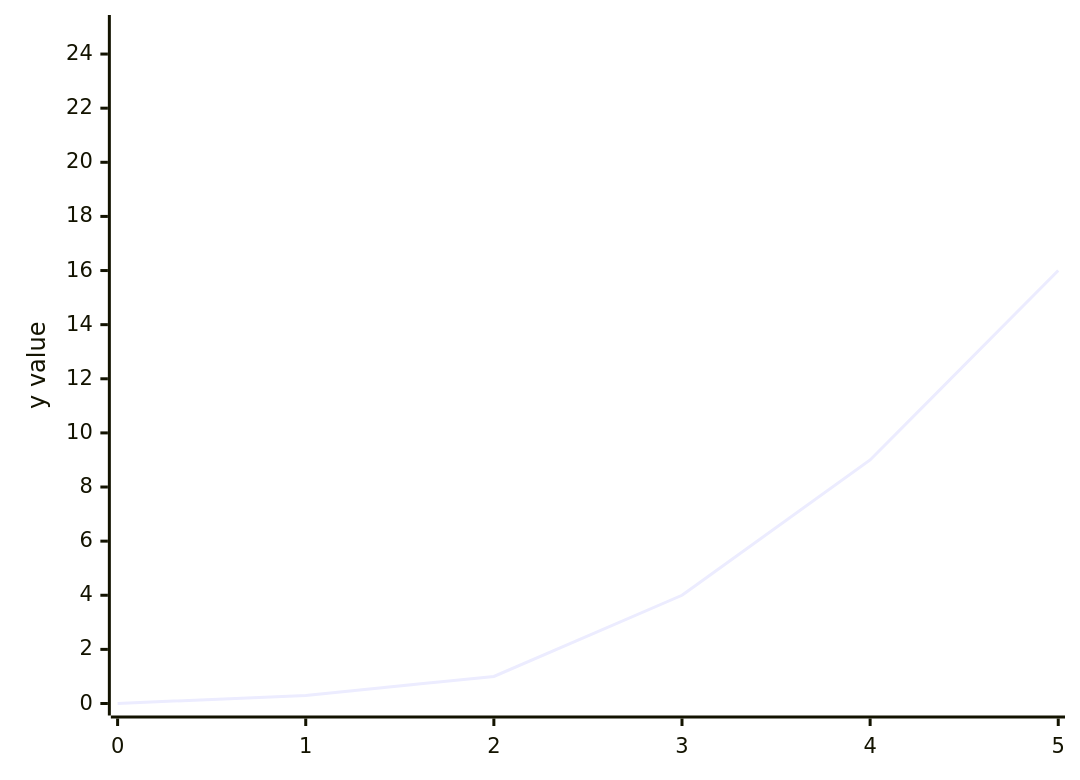
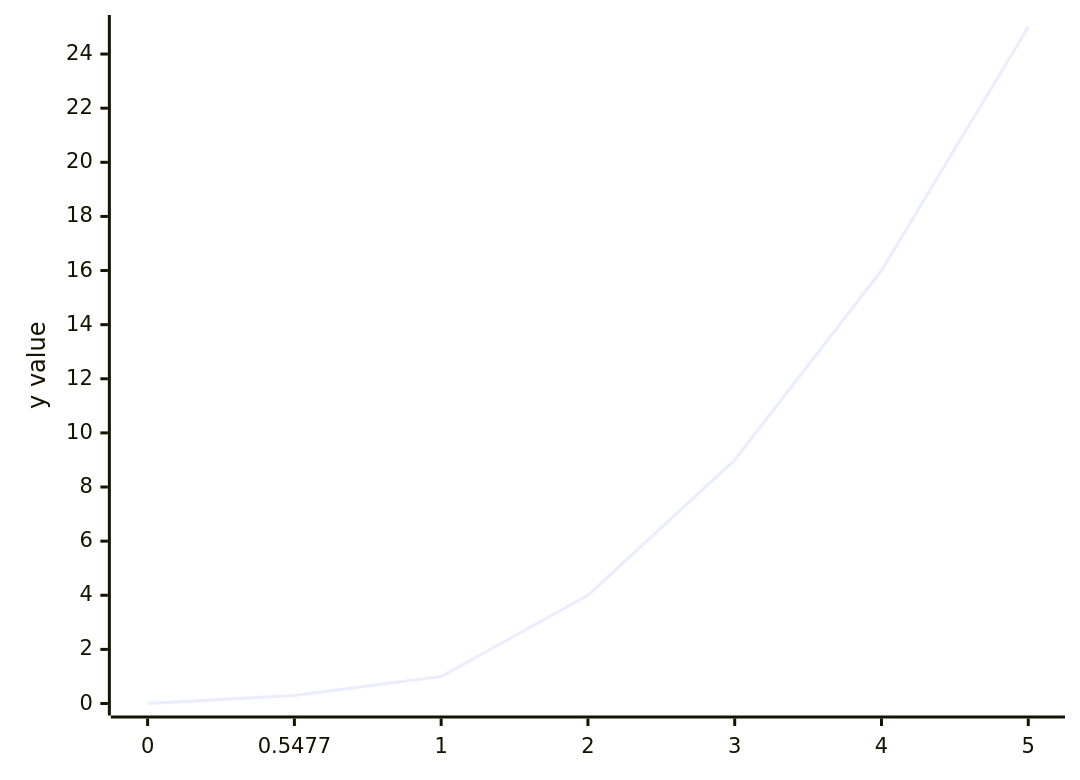
The diagram in README.md (wayne-whitley/simple-initial-repository), drawn with Mermaid before and after one commit.

````diff
--- a/README.md
+++ b/README.md
@@ -8,6 +8,6 @@
 ```mermaid
 xychart-beta
-    x-axis [0, 1, 2, 3, 4, 5]
+    x-axis [0, 0.5477, 1, 2, 3, 4, 5]
     y-axis "y value" 0 --> 25
     line [0, 0.3, 1, 4, 9, 16, 25]
 ```
````
